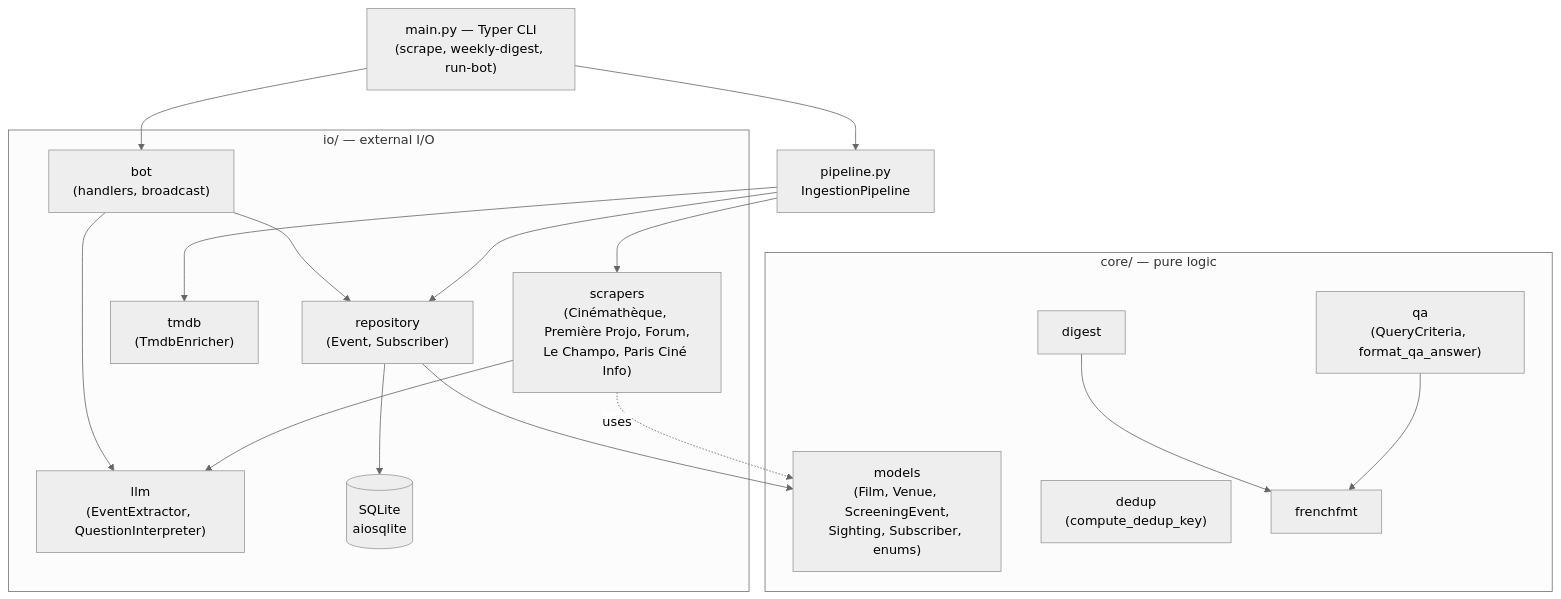
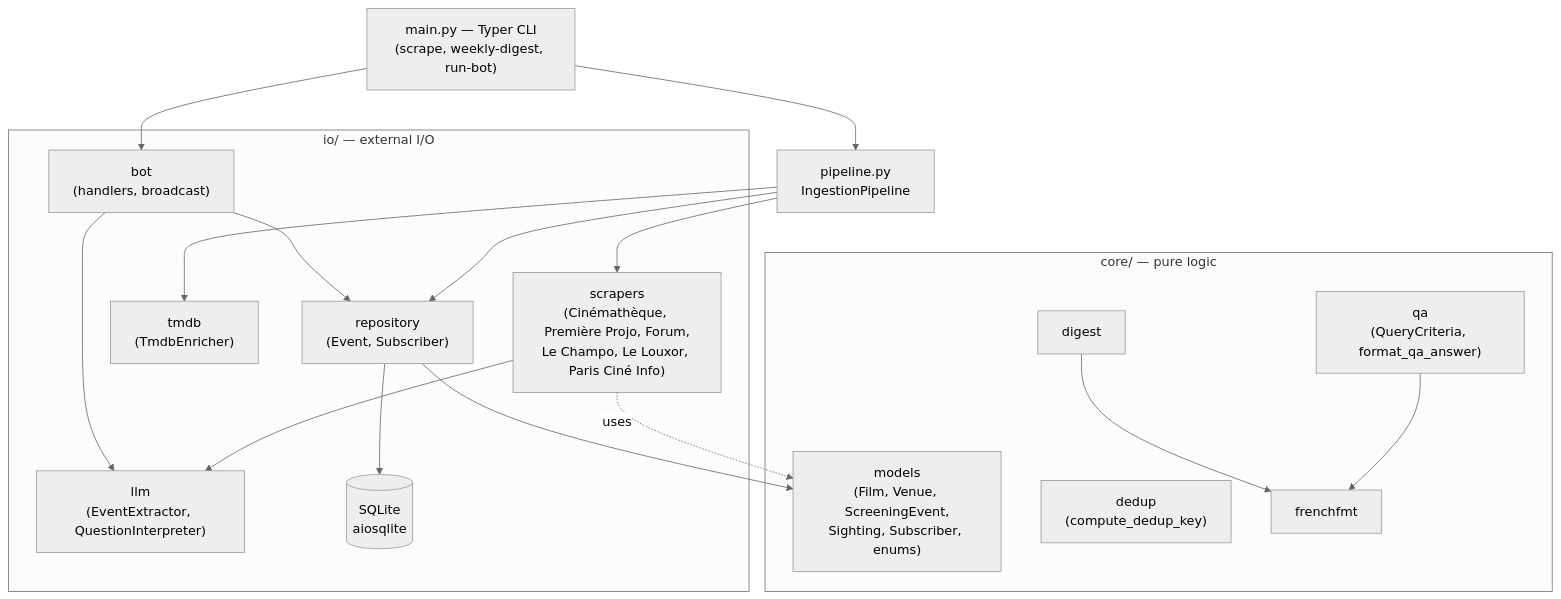
Before and after one commit to Pierrafrom/lanterne: the first of 3 diagrams in docs/architecture.md, drawn with Mermaid (neutral theme). The commit also changed 10 other files, not shown here.

First line of the commit message:
feat(scrapers): add Le Louxor (retrospective dossiers) source

````diff
--- a/docs/architecture.md
+++ b/docs/architecture.md
@@ -23,37 +23,37 @@
 ```mermaid
 flowchart TD
     CLI["main.py — Typer CLI<br/>(scrape, weekly-digest, run-bot)"]
 
     subgraph core["core/ — pure logic"]
         models["models<br/>(Film, Venue, ScreeningEvent,<br/>Sighting, Subscriber, enums)"]
         dedup["dedup<br/>(compute_dedup_key)"]
         qa["qa<br/>(QueryCriteria, format_qa_answer)"]
         digest["digest"]
         frenchfmt["frenchfmt"]
     end
 
     subgraph io["io/ — external I/O"]
-        scrapers["scrapers<br/>(Cinémathèque, Première Projo, Forum,<br/>Le Champo, Paris Ciné Info)"]
+        scrapers["scrapers<br/>(Cinémathèque, Première Projo, Forum,<br/>Le Champo, Le Louxor, Paris Ciné Info)"]
         llm["llm<br/>(EventExtractor, QuestionInterpreter)"]
         tmdb["tmdb<br/>(TmdbEnricher)"]
         repo["repository<br/>(Event, Subscriber)"]
         db[("SQLite<br/>aiosqlite")]
         bot["bot<br/>(handlers, broadcast)"]
     end
 
     pipeline["pipeline.py<br/>IngestionPipeline"]
 
     CLI --> pipeline
     CLI --> bot
     pipeline --> scrapers
     pipeline --> tmdb
     pipeline --> repo
     scrapers --> llm
     repo --> db
     bot --> repo
     bot --> llm
     scrapers -.uses.-> models
     repo --> models
     qa --> frenchfmt
     digest --> frenchfmt
 ```
````
